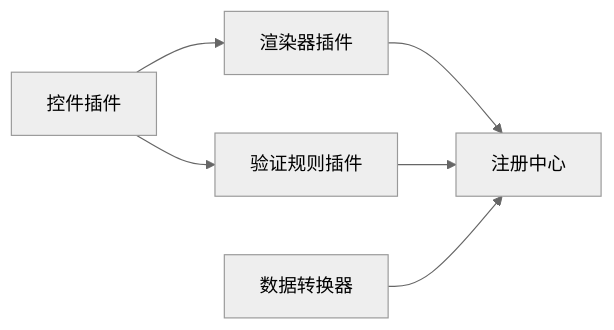
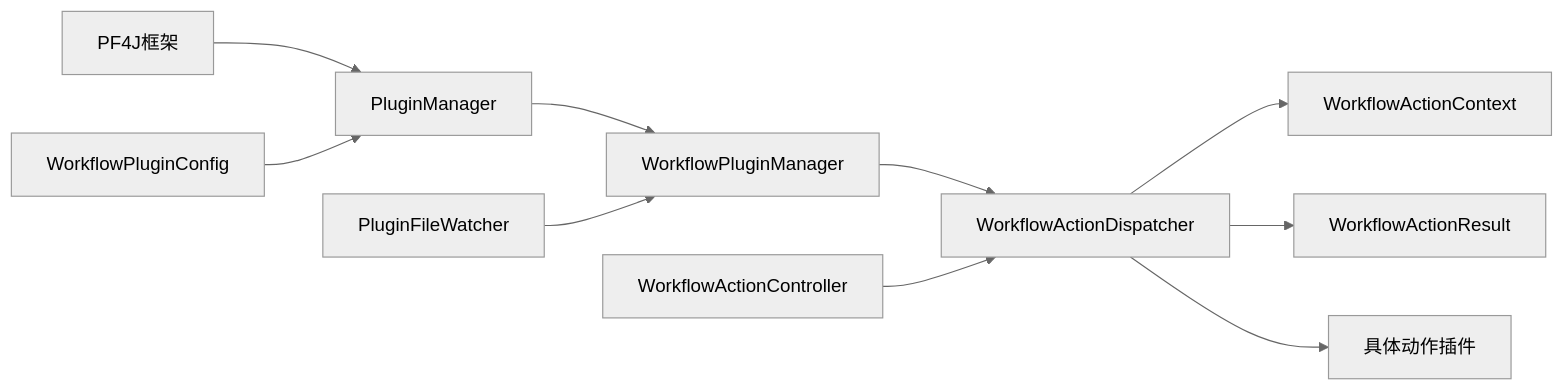
Before and after one commit to NJMrLi/genetics: the seventh of 7 diagrams in .qoder/repowiki/zh/content/扩展开发/插件系统设计.md, drawn with Mermaid (neutral theme). The commit also changed other lines of this file and 19 other files, not shown here.

````diff
--- a/.qoder/repowiki/zh/content/扩展开发/插件系统设计.md
+++ b/.qoder/repowiki/zh/content/扩展开发/插件系统设计.md
@@ -320,8 +293,12 @@
 ```mermaid
 graph LR
-ControlPlugin["控件插件"] --> Renderer["渲染器插件"]
-ControlPlugin --> Validator["验证规则插件"]
-Renderer --> Registry["注册中心"]
-Validator --> Registry
-Converter["数据转换器"] --> Registry
+PF4J["PF4J框架"] --> PM["PluginManager"]
+PM --> WPM["WorkflowPluginManager"]
+WPM --> WPD["WorkflowActionDispatcher"]
+WPD --> WAC["WorkflowActionContext"]
+WPD --> WAR["WorkflowActionResult"]
+WPD --> Plugins["具体动作插件"]
+PFW["PluginFileWatcher"] --> WPM
+Config["WorkflowPluginConfig"] --> PM
+Controller["WorkflowActionController"] --> WPD
 ```
````
